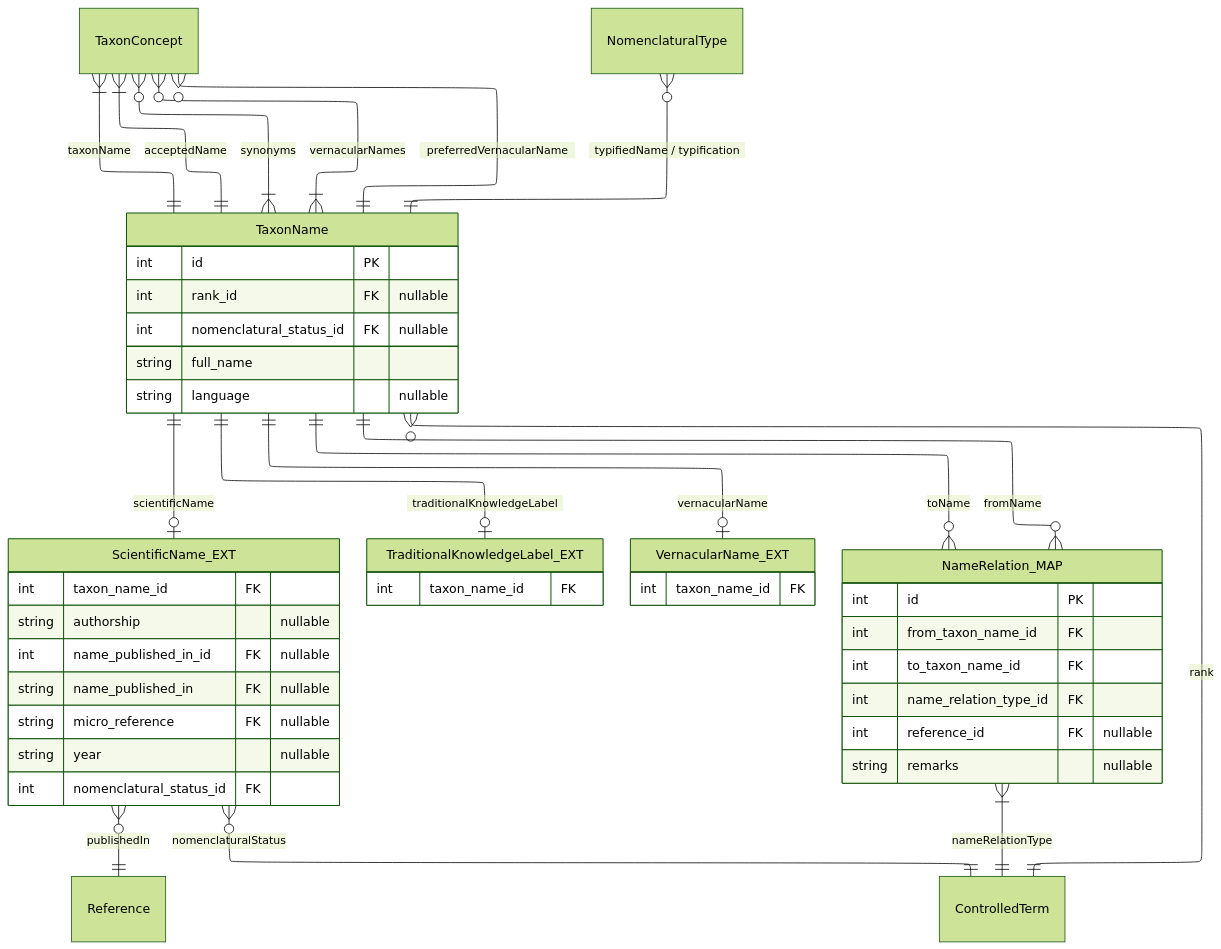
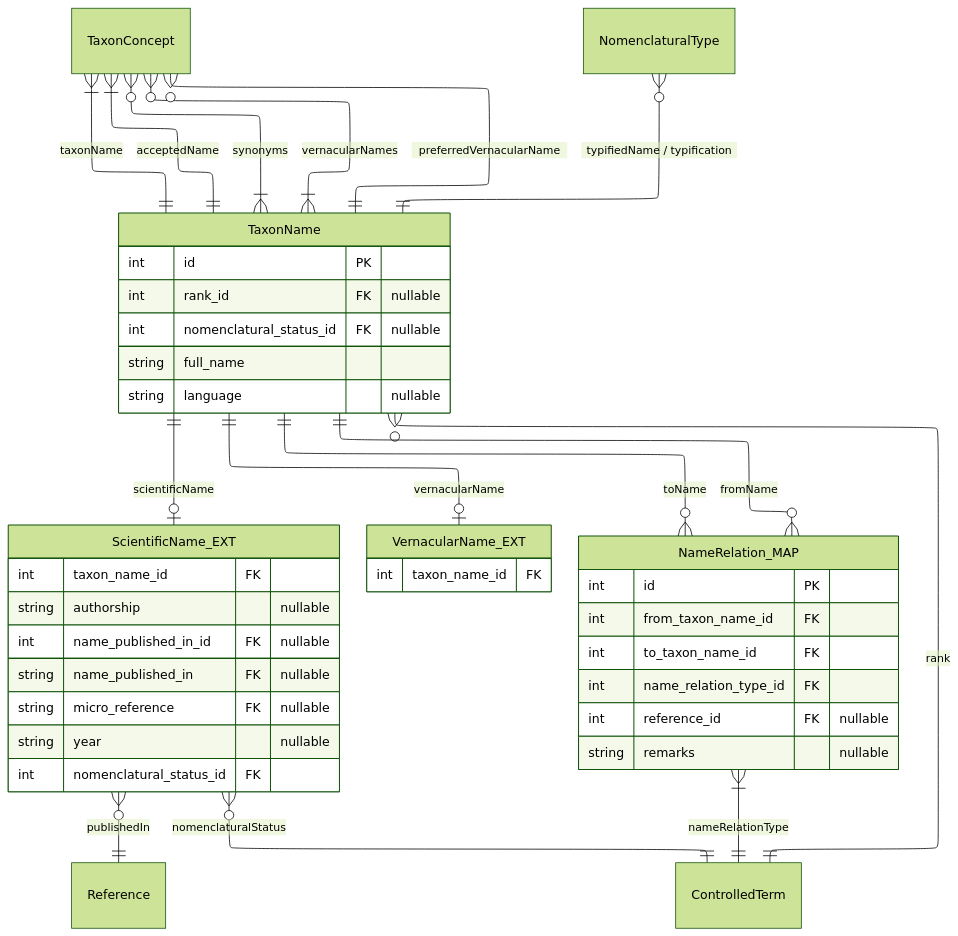
The third of 19 diagrams in docs/layers.md (vicflora/vicflora-data-model-2026), drawn with Mermaid (forest theme) before and after one commit. The commit also changed other lines of this file and 2 other files, not shown here.

Commit message:
remove traditional knowledge labels from documentation files

````diff
--- a/docs/layers.md
+++ b/docs/layers.md
@@ -86,59 +85,54 @@
 ```mermaid
 ---
 config:
     layout: elk
 ---
 erDiagram
     TaxonConcept }|--|| TaxonName : "taxonName"
     TaxonConcept }|--|| TaxonName : "acceptedName"
     TaxonConcept }o--|{ TaxonName : "synonyms"
     TaxonConcept }o--|{ TaxonName : "vernacularNames"
     TaxonConcept }o--|| TaxonName : "preferredVernacularName"
     NomenclaturalType }o--|| TaxonName : "typifiedName / typification"
     TaxonName ||--o| ScientificName_EXT : "scientificName"
     ScientificName_EXT }o--|| Reference : "publishedIn"
-    TaxonName ||--o| TraditionalKnowledgeLabel_EXT : "traditionalKnowledgeLabel"
     TaxonName ||--o| VernacularName_EXT : "vernacularName"
     TaxonName }o--|| ControlledTerm : "rank"
     ScientificName_EXT }o--|| ControlledTerm: "nomenclaturalStatus"
     
     %% The Syntactic Relationships
     TaxonName ||--o{ NameRelation_MAP : "fromName"
     TaxonName ||--o{ NameRelation_MAP : "toName"
     NameRelation_MAP }|--|| ControlledTerm : "nameRelationType"
 
     TaxonName {
         int id PK
         int rank_id FK "nullable"
         int nomenclatural_status_id FK "nullable"
         string full_name
         string language "nullable"
     }
 
     ScientificName_EXT {
         int taxon_name_id FK
         string authorship "nullable"
         int name_published_in_id FK "nullable"
         string name_published_in FK "nullable"
         string micro_reference FK "nullable"
         string year "nullable"
         int nomenclatural_status_id FK
     }
 
-    TraditionalKnowledgeLabel_EXT {
-        int taxon_name_id FK
-    }
-
     VernacularName_EXT {
         int taxon_name_id FK
     }
 
     NameRelation_MAP {
         int id PK
         int from_taxon_name_id FK
         int to_taxon_name_id FK
         int name_relation_type_id FK
         int reference_id FK "nullable"
         string remarks "nullable"
     }
 ```
````
